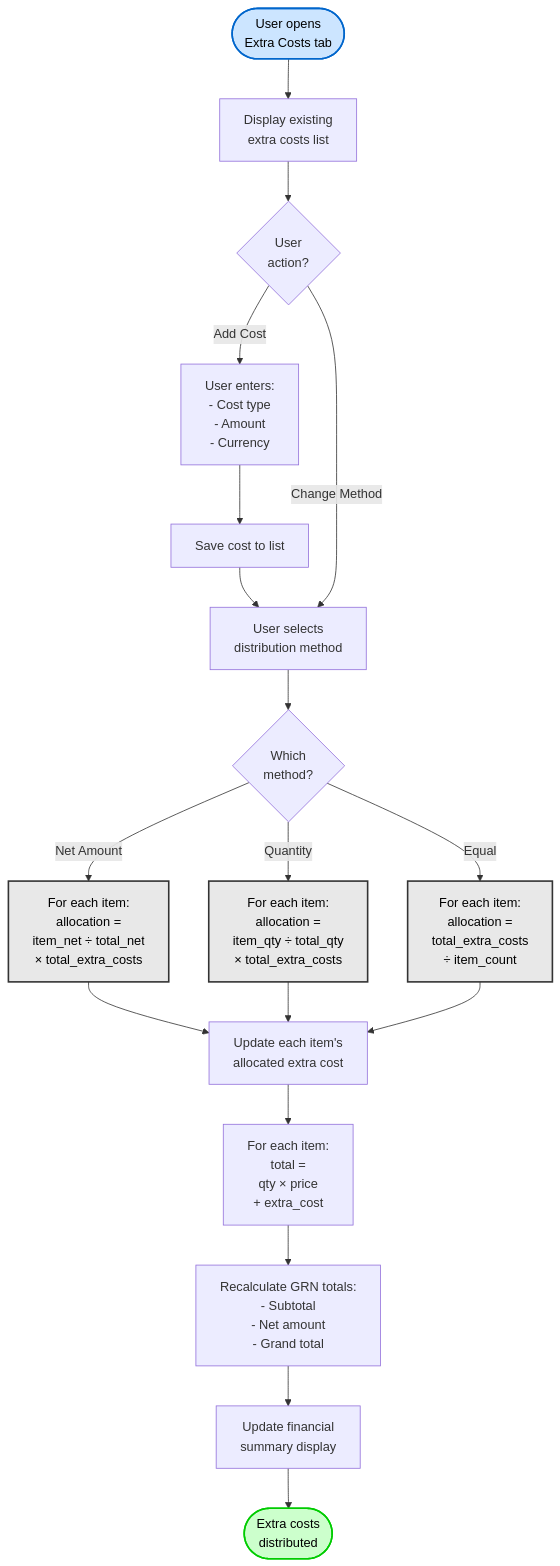
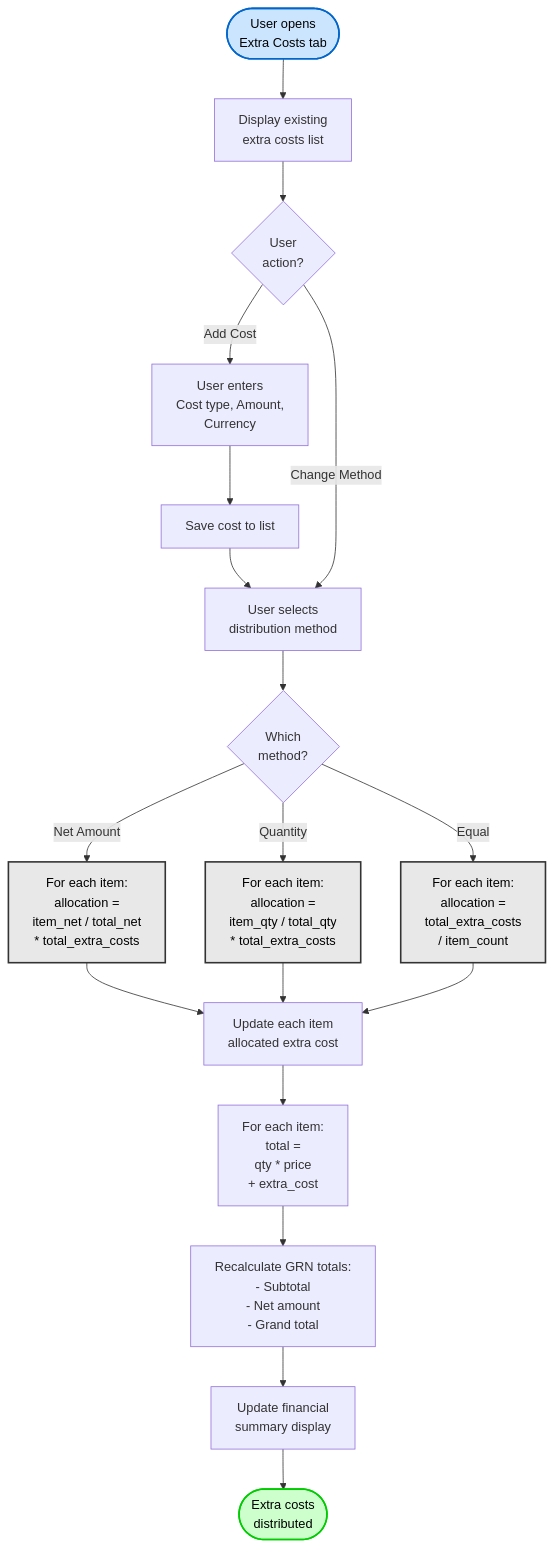
The fifth of 6 diagrams in docs/app/procurement/goods-received-notes/FD-goods-received-note.md (CarmenSoftware-organization/carmen), drawn with Mermaid before and after one commit. The commit also changed other lines of this file and 23 other files, not shown here.

````diff
--- a/docs/app/procurement/goods-received-notes/FD-goods-received-note.md
+++ b/docs/app/procurement/goods-received-notes/FD-goods-received-note.md
@@ -407,35 +392,35 @@
 ```mermaid
 flowchart TD
     Start([User opens<br/>Extra Costs tab]) --> Display[Display existing<br/>extra costs list]
     Display --> Action{User<br/>action?}
 
-    Action -->|Add Cost| EnterCost[User enters:<br/>- Cost type<br/>- Amount<br/>- Currency]
+    Action -->|Add Cost| EnterCost[User enters<br/>Cost type, Amount,<br/>Currency]
     EnterCost --> SaveCost[Save cost to list]
     SaveCost --> SelectMethod
 
     Action -->|Change Method| SelectMethod[User selects<br/>distribution method]
     SelectMethod --> Method{Which<br/>method?}
 
-    Method -->|Net Amount| CalcNet[For each item:<br/>allocation = <br/>item_net ÷ total_net<br/>× total_extra_costs]
+    Method -->|Net Amount| CalcNet[For each item:<br/>allocation = <br/>item_net / total_net<br/>* total_extra_costs]
 
-    Method -->|Quantity| CalcQty[For each item:<br/>allocation = <br/>item_qty ÷ total_qty<br/>× total_extra_costs]
+    Method -->|Quantity| CalcQty[For each item:<br/>allocation = <br/>item_qty / total_qty<br/>* total_extra_costs]
 
-    Method -->|Equal| CalcEqual[For each item:<br/>allocation = <br/>total_extra_costs<br/>÷ item_count]
+    Method -->|Equal| CalcEqual[For each item:<br/>allocation = <br/>total_extra_costs<br/>/ item_count]
 
-    CalcNet --> UpdateItems[Update each item's<br/>allocated extra cost]
+    CalcNet --> UpdateItems[Update each item<br/>allocated extra cost]
     CalcQty --> UpdateItems
     CalcEqual --> UpdateItems
 
-    UpdateItems --> RecalcItem[For each item:<br/>total = <br/>qty × price<br/>+ extra_cost]
+    UpdateItems --> RecalcItem[For each item:<br/>total = <br/>qty * price<br/>+ extra_cost]
 
     RecalcItem --> RecalcGRN[Recalculate GRN totals:<br/>- Subtotal<br/>- Net amount<br/>- Grand total]
 
     RecalcGRN --> UpdateDisplay[Update financial<br/>summary display]
     UpdateDisplay --> Done([Extra costs<br/>distributed])
 
     style Start fill:#cce5ff,stroke:#0066cc,stroke-width:2px,color:#000
     style Done fill:#ccffcc,stroke:#00cc00,stroke-width:2px,color:#000
     style CalcNet fill:#e8e8e8,stroke:#333,stroke-width:2px,color:#000
     style CalcQty fill:#e8e8e8,stroke:#333,stroke-width:2px,color:#000
     style CalcEqual fill:#e8e8e8,stroke:#333,stroke-width:2px,color:#000
 ```
````
